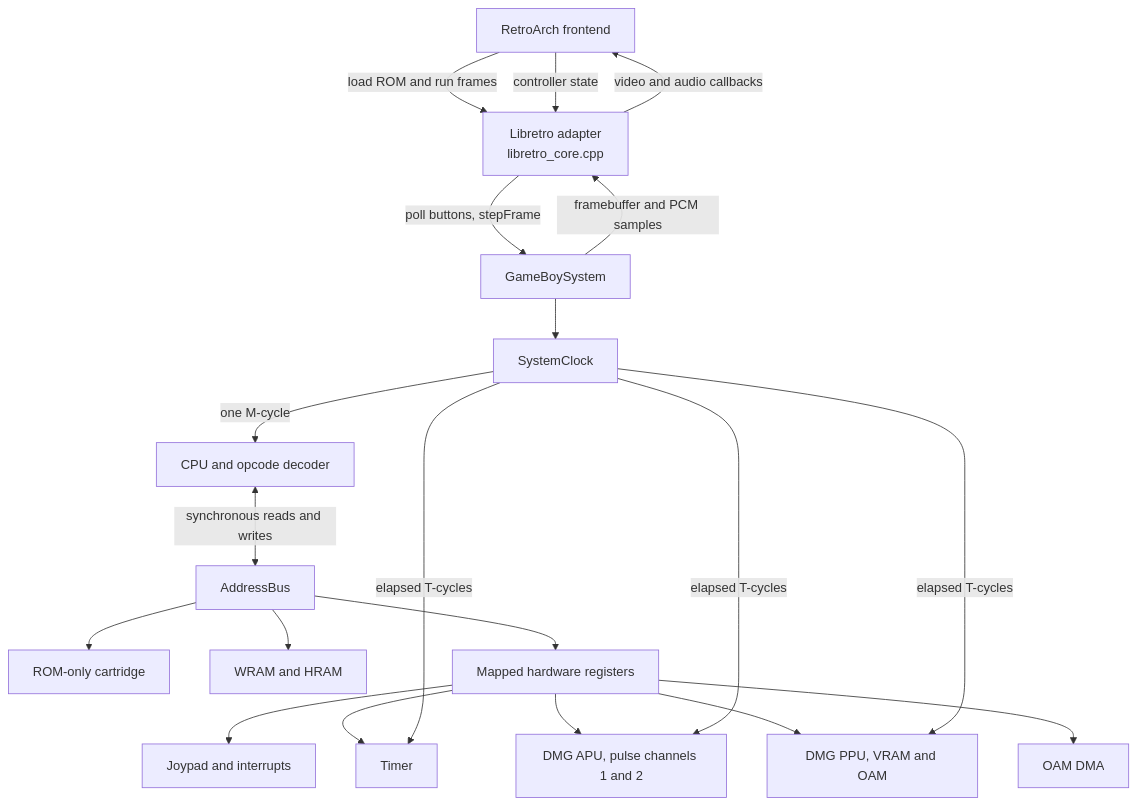
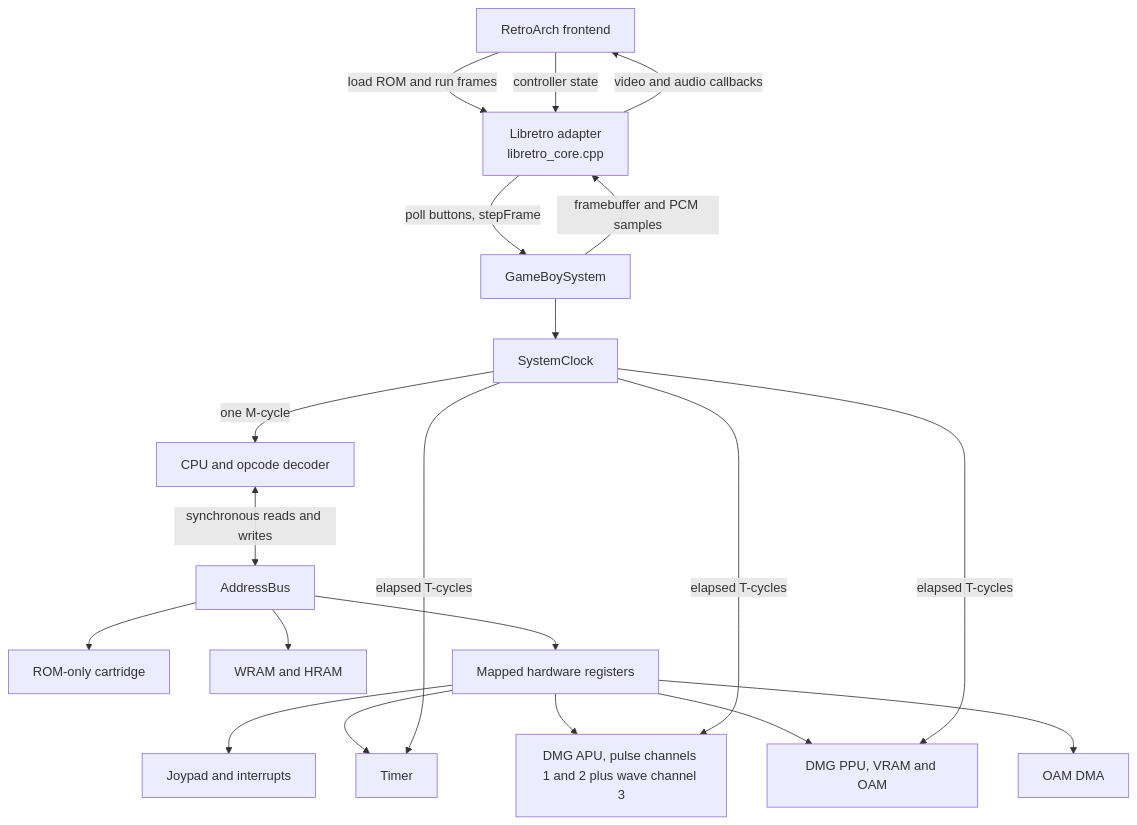
Before and after one commit to jiayeli-hualien/LotusGB: the diagram in docs/architecture.md, drawn with Mermaid. The commit also changed other lines of this file and 4 other files, not shown here.

Commit message:
Add DMG APU wave channel

````diff
--- a/docs/architecture.md
+++ b/docs/architecture.md
@@ -13,26 +13,26 @@
 ```mermaid
 flowchart TD
     RA[RetroArch frontend] -->|load ROM and run frames| LR[Libretro adapter<br/>libretro_core.cpp]
     RA -->|controller state| LR
     LR -->|poll buttons, stepFrame| SYS[GameBoySystem]
 
     SYS --> CLOCK[SystemClock]
     CLOCK -->|one M-cycle| CPU[CPU and opcode decoder]
     CPU <-->|synchronous reads and writes| BUS[AddressBus]
 
     BUS --> CART[ROM-only cartridge]
     BUS --> RAM[WRAM and HRAM]
     BUS --> IO[Mapped hardware registers]
     IO --> JOY[Joypad and interrupts]
     IO --> TIMER[Timer]
-    IO --> APU[DMG APU, pulse channels 1 and 2]
+    IO --> APU[DMG APU, pulse channels 1 and 2 plus wave channel 3]
     IO --> PPU[DMG PPU, VRAM and OAM]
     IO --> DMA[OAM DMA]
 
     CLOCK -->|elapsed T-cycles| TIMER
     CLOCK -->|elapsed T-cycles| APU
     CLOCK -->|elapsed T-cycles| PPU
 
     SYS -->|framebuffer and PCM samples| LR
     LR -->|video and audio callbacks| RA
 ```
````
